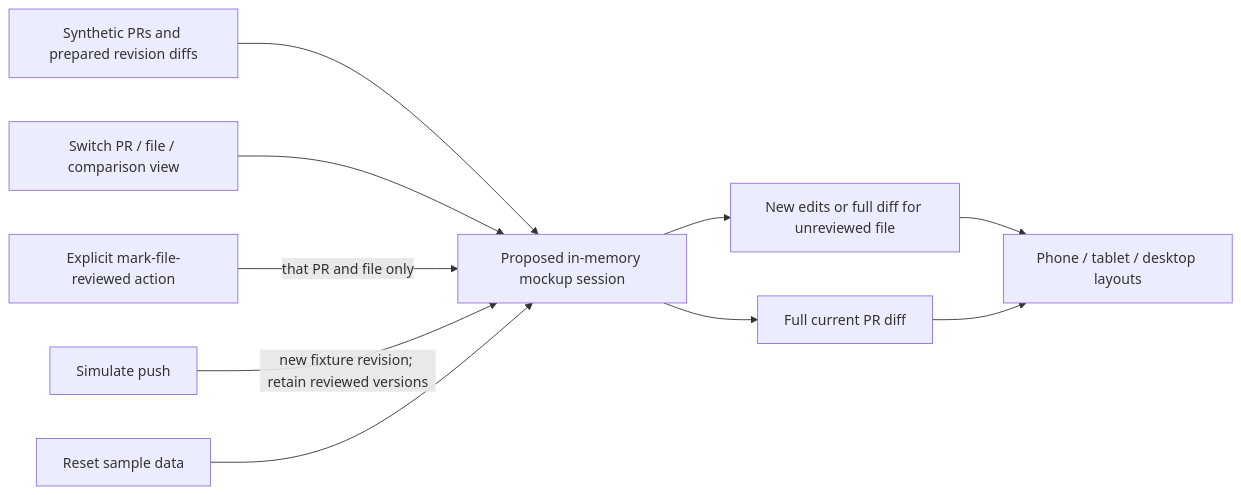
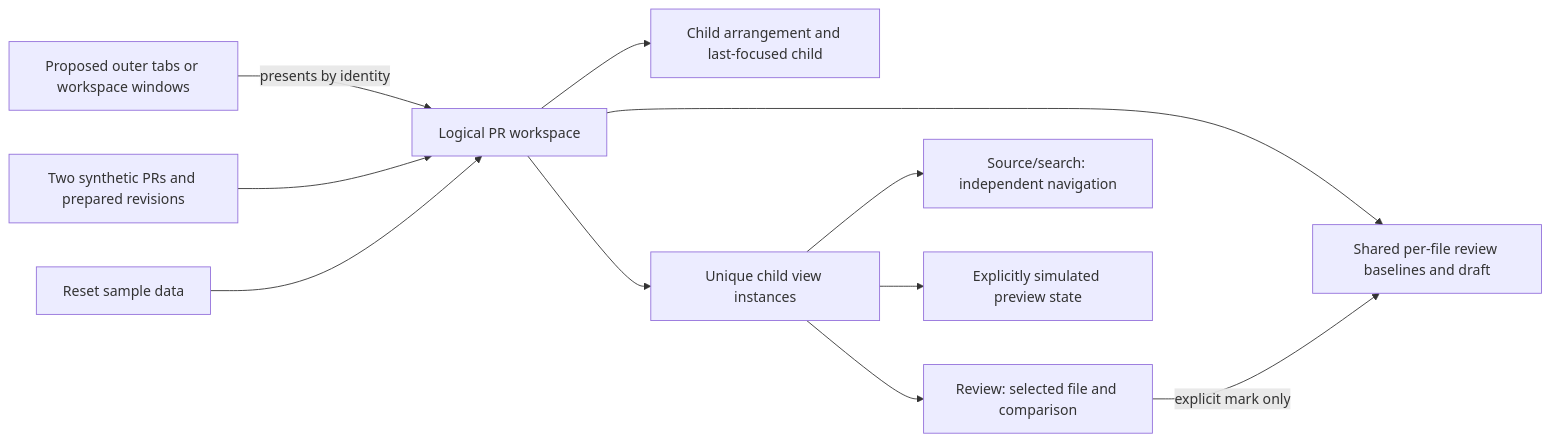
The diagram in Plans/2026-11-14-mobius/01a-workspace-prototype.md (kyleve/Stuff), drawn with Mermaid before and after one commit. The commit also changed other lines of this file, not shown here.

First line of the commit message:
docs(Mobius): refine the workspace prototype after evaluation

````diff
--- a/Plans/2026-11-14-mobius/01a-workspace-prototype.md
+++ b/Plans/2026-11-14-mobius/01a-workspace-prototype.md
@@ -47,12 +72,13 @@
 ```mermaid
 flowchart LR
-    Fixtures["Synthetic PRs and prepared revision diffs"] --> Session["Proposed in-memory mockup session"]
-    Actions["Switch PR / file / comparison view"] --> Session
-    Mark["Explicit mark-file-reviewed action"] -->|that PR and file only| Session
-    Push["Simulate push"] -->|new fixture revision; retain reviewed versions| Session
-    Session --> Remaining["New edits or full diff for unreviewed file"]
-    Session --> Full["Full current PR diff"]
-    Remaining --> Layouts["Phone / tablet / desktop layouts"]
-    Full --> Layouts
-    Reset["Reset sample data"] --> Session
+    Shell["Proposed outer tabs or workspace windows"] -->|presents by identity| Workspace["Logical PR workspace"]
+    Workspace --> Progress["Shared per-file review baselines and draft"]
+    Workspace --> Placement["Child arrangement and last-focused child"]
+    Workspace --> Children["Unique child view instances"]
+    Children --> Review["Review: selected file and comparison"]
+    Children --> Research["Source/search: independent navigation"]
+    Children --> Preview["Explicitly simulated preview state"]
+    Review -->|explicit mark only| Progress
+    Fixtures["Two synthetic PRs and prepared revisions"] --> Workspace
+    Reset["Reset sample data"] --> Workspace
 ```
````
